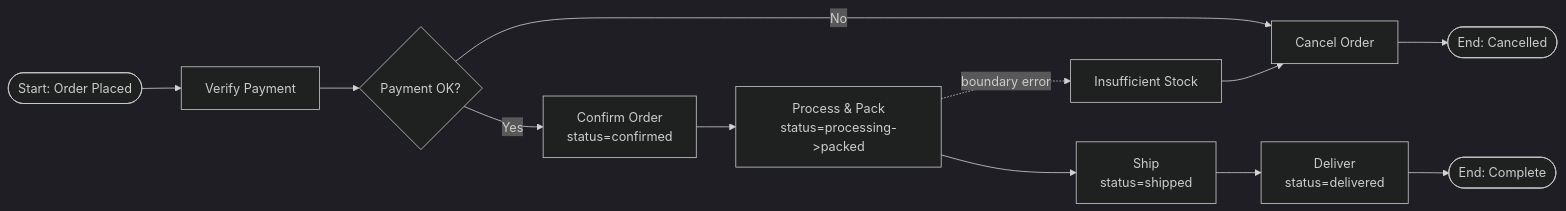
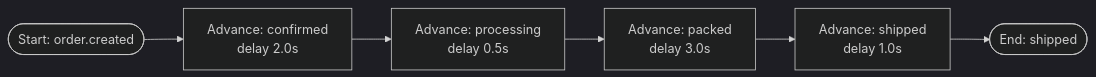
Before and after one commit to 2005sojid/ecommerce: the first of 3 diagrams in docs/bpmn.md, drawn with Mermaid (dark theme). The commit also changed other lines of this file, not shown here.

Commit message:
updated bpmn

````diff
--- a/docs/bpmn.md
+++ b/docs/bpmn.md
@@ -9,15 +9,8 @@
 ```mermaid
 flowchart LR
-    Start([Start: Order Placed]) --> VP[Verify Payment]
-    VP --> G1{Payment OK?}
-    G1 -- No --> Cancel[Cancel Order]
-    Cancel --> EndCancel([End: Cancelled])
-    G1 -- Yes --> Confirm[Confirm Order<br/>status=confirmed]
-    Confirm --> Process[Process & Pack<br/>status=processing->packed]
-    Process --> Ship[Ship<br/>status=shipped]
-    Ship --> Deliver[Deliver<br/>status=delivered]
-    Deliver --> EndOk([End: Complete])
-
-    Process -. boundary error .-> StockErr[Insufficient Stock]
-    StockErr --> Cancel
+    Start([Start: order.created]) --> Confirm[Advance: confirmed<br/>delay 2.0s]
+    Confirm --> Process[Advance: processing<br/>delay 0.5s]
+    Process --> Pack[Advance: packed<br/>delay 3.0s]
+    Pack --> Ship[Advance: shipped<br/>delay 1.0s]
+    Ship --> EndOk([End: shipped])
 ```
````
